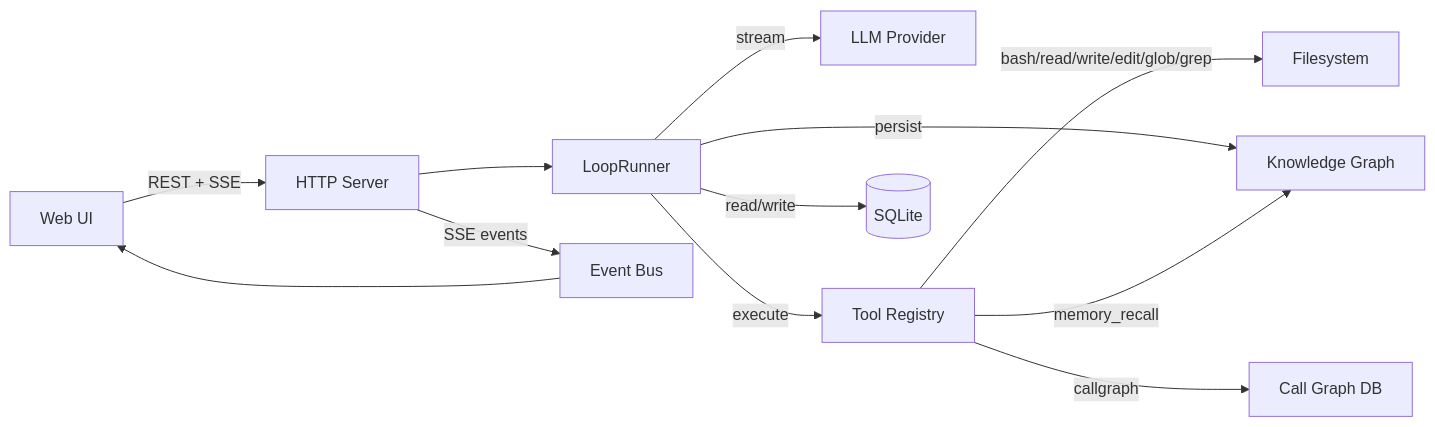
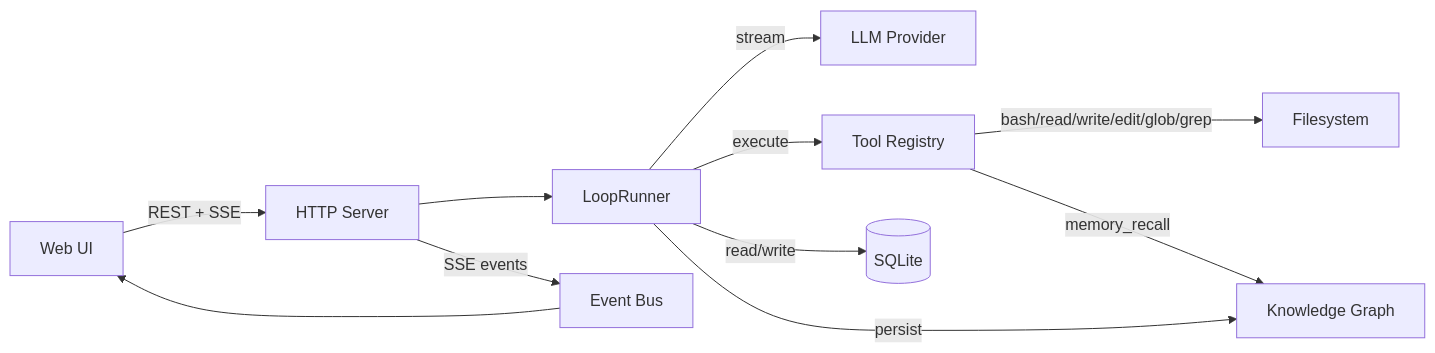
The first of 6 diagrams in docs/OUTLINE.md (lao-tseu-is-alive/ogcode), drawn with Mermaid before and after one commit. The commit also changed other lines of this file and 32 other files, not shown here.

First line of the commit message:
feat: remove call graph; Linear-polish plan mode & settings; improve breakdown agent

````diff
--- a/docs/OUTLINE.md
+++ b/docs/OUTLINE.md
@@ -26,14 +26,13 @@
 ```mermaid
 graph LR
     UI[Web UI] -->|REST + SSE| API[HTTP Server]
     API --> LR[LoopRunner]
     LR -->|stream| LLM[LLM Provider]
     LR -->|execute| TOOLS[Tool Registry]
     LR -->|read/write| DB[(SQLite)]
     LR -->|persist| MEM[Knowledge Graph]
     TOOLS -->|bash/read/write/edit/glob/grep| FS[Filesystem]
     TOOLS -->|memory_recall| MEM
-    TOOLS -->|callgraph| CG[Call Graph DB]
     API -->|SSE events| BUS[Event Bus]
     BUS --> UI
 ```
````
